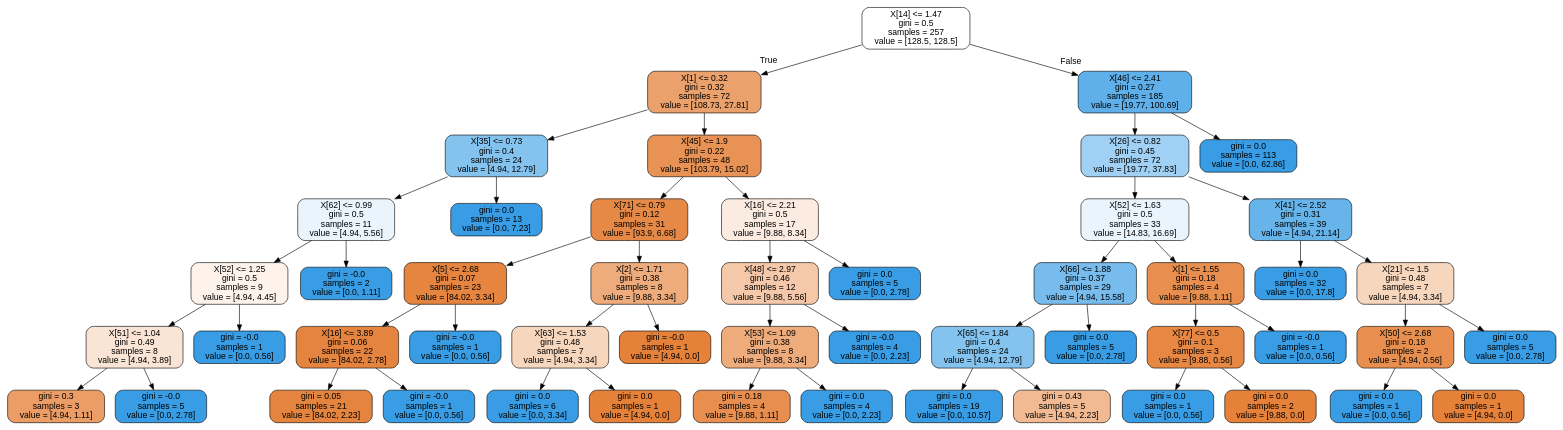
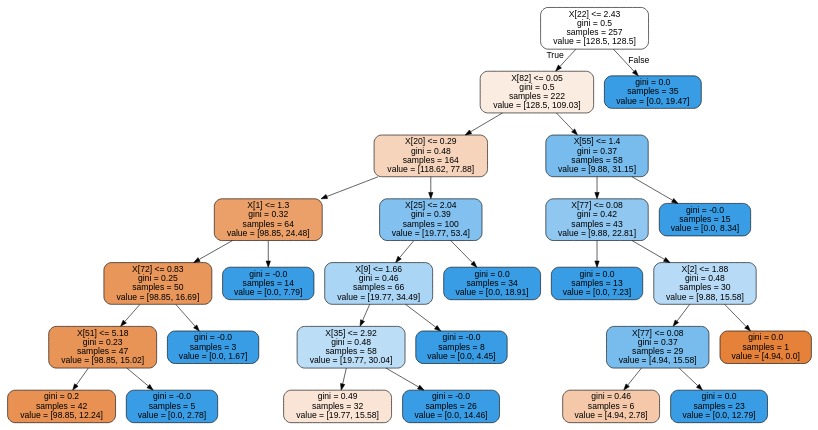
Before and after one commit to zeroknowledgediscovery/zcad: the diagram in code/notebooks/PSYtree.dot, drawn with Graphviz. The commit also changed 173 other files, not shown here.

```diff
--- a/code/notebooks/PSYtree.dot
+++ b/code/notebooks/PSYtree.dot
@@ -1,105 +1,57 @@
 digraph Tree {
 node [shape=box, style="filled, rounded", color="black", fontname=helvetica] ;
 edge [fontname=helvetica] ;
-0 [label="X[14] <= 1.47\ngini = 0.5\nsamples = 257\nvalue = [128.5, 128.5]", fillcolor="#e5813900"] ;
-1 [label="X[1] <= 0.32\ngini = 0.32\nsamples = 72\nvalue = [108.73, 27.81]", fillcolor="#e58139be"] ;
+0 [label="X[22] <= 2.43\ngini = 0.5\nsamples = 257\nvalue = [128.5, 128.5]", fillcolor="#ffffff"] ;
+1 [label="X[82] <= 0.05\ngini = 0.5\nsamples = 222\nvalue = [128.5, 109.03]", fillcolor="#fbece1"] ;
 0 -> 1 [labeldistance=2.5, labelangle=45, headlabel="True"] ;
-2 [label="X[35] <= 0.73\ngini = 0.4\nsamples = 24\nvalue = [4.94, 12.79]", fillcolor="#399de59c"] ;
+2 [label="X[20] <= 0.29\ngini = 0.48\nsamples = 164\nvalue = [118.62, 77.88]", fillcolor="#f6d4bb"] ;
 1 -> 2 ;
-3 [label="X[62] <= 0.99\ngini = 0.5\nsamples = 11\nvalue = [4.94, 5.56]", fillcolor="#399de51c"] ;
+3 [label="X[1] <= 1.3\ngini = 0.32\nsamples = 64\nvalue = [98.85, 24.48]", fillcolor="#eba06a"] ;
 2 -> 3 ;
-4 [label="X[52] <= 1.25\ngini = 0.5\nsamples = 9\nvalue = [4.94, 4.45]", fillcolor="#e5813919"] ;
+4 [label="X[72] <= 0.83\ngini = 0.25\nsamples = 50\nvalue = [98.85, 16.69]", fillcolor="#e9965a"] ;
 3 -> 4 ;
-5 [label="X[51] <= 1.04\ngini = 0.49\nsamples = 8\nvalue = [4.94, 3.89]", fillcolor="#e5813936"] ;
+5 [label="X[51] <= 5.18\ngini = 0.23\nsamples = 47\nvalue = [98.85, 15.02]", fillcolor="#e99457"] ;
 4 -> 5 ;
-6 [label="gini = 0.3\nsamples = 3\nvalue = [4.94, 1.11]", fillcolor="#e58139c6"] ;
+6 [label="gini = 0.2\nsamples = 42\nvalue = [98.85, 12.24]", fillcolor="#e89152"] ;
 5 -> 6 ;
-7 [label="gini = -0.0\nsamples = 5\nvalue = [0.0, 2.78]", fillcolor="#399de5ff"] ;
+7 [label="gini = -0.0\nsamples = 5\nvalue = [0.0, 2.78]", fillcolor="#399de5"] ;
 5 -> 7 ;
-8 [label="gini = -0.0\nsamples = 1\nvalue = [0.0, 0.56]", fillcolor="#399de5ff"] ;
+8 [label="gini = -0.0\nsamples = 3\nvalue = [0.0, 1.67]", fillcolor="#399de5"] ;
 4 -> 8 ;
-9 [label="gini = -0.0\nsamples = 2\nvalue = [0.0, 1.11]", fillcolor="#399de5ff"] ;
+9 [label="gini = -0.0\nsamples = 14\nvalue = [0.0, 7.79]", fillcolor="#399de5"] ;
 3 -> 9 ;
-10 [label="gini = 0.0\nsamples = 13\nvalue = [0.0, 7.23]", fillcolor="#399de5ff"] ;
+10 [label="X[25] <= 2.04\ngini = 0.39\nsamples = 100\nvalue = [19.77, 53.4]", fillcolor="#82c1ef"] ;
 2 -> 10 ;
-11 [label="X[45] <= 1.9\ngini = 0.22\nsamples = 48\nvalue = [103.79, 15.02]", fillcolor="#e58139da"] ;
-1 -> 11 ;
-12 [label="X[71] <= 0.79\ngini = 0.12\nsamples = 31\nvalue = [93.9, 6.68]", fillcolor="#e58139ed"] ;
+11 [label="X[9] <= 1.66\ngini = 0.46\nsamples = 66\nvalue = [19.77, 34.49]", fillcolor="#aad5f4"] ;
+10 -> 11 ;
+12 [label="X[35] <= 2.92\ngini = 0.48\nsamples = 58\nvalue = [19.77, 30.04]", fillcolor="#bbddf6"] ;
 11 -> 12 ;
-13 [label="X[5] <= 2.68\ngini = 0.07\nsamples = 23\nvalue = [84.02, 3.34]", fillcolor="#e58139f5"] ;
+13 [label="gini = 0.49\nsamples = 32\nvalue = [19.77, 15.58]", fillcolor="#f9e4d5"] ;
 12 -> 13 ;
-14 [label="X[16] <= 3.89\ngini = 0.06\nsamples = 22\nvalue = [84.02, 2.78]", fillcolor="#e58139f7"] ;
-13 -> 14 ;
-15 [label="gini = 0.05\nsamples = 21\nvalue = [84.02, 2.23]", fillcolor="#e58139f8"] ;
-14 -> 15 ;
-16 [label="gini = -0.0\nsamples = 1\nvalue = [0.0, 0.56]", fillcolor="#399de5ff"] ;
-14 -> 16 ;
-17 [label="gini = -0.0\nsamples = 1\nvalue = [0.0, 0.56]", fillcolor="#399de5ff"] ;
-13 -> 17 ;
-18 [label="X[2] <= 1.71\ngini = 0.38\nsamples = 8\nvalue = [9.88, 3.34]", fillcolor="#e58139a9"] ;
-12 -> 18 ;
-19 [label="X[63] <= 1.53\ngini = 0.48\nsamples = 7\nvalue = [4.94, 3.34]", fillcolor="#e5813953"] ;
+14 [label="gini = -0.0\nsamples = 26\nvalue = [0.0, 14.46]", fillcolor="#399de5"] ;
+12 -> 14 ;
+15 [label="gini = -0.0\nsamples = 8\nvalue = [0.0, 4.45]", fillcolor="#399de5"] ;
+11 -> 15 ;
+16 [label="gini = 0.0\nsamples = 34\nvalue = [0.0, 18.91]", fillcolor="#399de5"] ;
+10 -> 16 ;
+17 [label="X[55] <= 1.4\ngini = 0.37\nsamples = 58\nvalue = [9.88, 31.15]", fillcolor="#78bced"] ;
+1 -> 17 ;
+18 [label="X[77] <= 0.08\ngini = 0.42\nsamples = 43\nvalue = [9.88, 22.81]", fillcolor="#8fc7f0"] ;
+17 -> 18 ;
+19 [label="gini = 0.0\nsamples = 13\nvalue = [0.0, 7.23]", fillcolor="#399de5"] ;
 18 -> 19 ;
-20 [label="gini = 0.0\nsamples = 6\nvalue = [0.0, 3.34]", fillcolor="#399de5ff"] ;
-19 -> 20 ;
-21 [label="gini = 0.0\nsamples = 1\nvalue = [4.94, 0.0]", fillcolor="#e58139ff"] ;
-19 -> 21 ;
-22 [label="gini = -0.0\nsamples = 1\nvalue = [4.94, 0.0]", fillcolor="#e58139ff"] ;
-18 -> 22 ;
-23 [label="X[16] <= 2.21\ngini = 0.5\nsamples = 17\nvalue = [9.88, 8.34]", fillcolor="#e5813928"] ;
-11 -> 23 ;
-24 [label="X[48] <= 2.97\ngini = 0.46\nsamples = 12\nvalue = [9.88, 5.56]", fillcolor="#e581396f"] ;
-23 -> 24 ;
-25 [label="X[53] <= 1.09\ngini = 0.38\nsamples = 8\nvalue = [9.88, 3.34]", fillcolor="#e58139a9"] ;
-24 -> 25 ;
-26 [label="gini = 0.18\nsamples = 4\nvalue = [9.88, 1.11]", fillcolor="#e58139e2"] ;
-25 -> 26 ;
-27 [label="gini = 0.0\nsamples = 4\nvalue = [0.0, 2.23]", fillcolor="#399de5ff"] ;
-25 -> 27 ;
-28 [label="gini = -0.0\nsamples = 4\nvalue = [0.0, 2.23]", fillcolor="#399de5ff"] ;
-24 -> 28 ;
-29 [label="gini = 0.0\nsamples = 5\nvalue = [0.0, 2.78]", fillcolor="#399de5ff"] ;
-23 -> 29 ;
-30 [label="X[46] <= 2.41\ngini = 0.27\nsamples = 185\nvalue = [19.77, 100.69]", fillcolor="#399de5cd"] ;
-0 -> 30 [labeldistance=2.5, labelangle=-45, headlabel="False"] ;
-31 [label="X[26] <= 0.82\ngini = 0.45\nsamples = 72\nvalue = [19.77, 37.83]", fillcolor="#399de57a"] ;
-30 -> 31 ;
-32 [label="X[52] <= 1.63\ngini = 0.5\nsamples = 33\nvalue = [14.83, 16.69]", fillcolor="#399de51c"] ;
-31 -> 32 ;
-33 [label="X[66] <= 1.88\ngini = 0.37\nsamples = 29\nvalue = [4.94, 15.58]", fillcolor="#399de5ae"] ;
-32 -> 33 ;
-34 [label="X[65] <= 1.84\ngini = 0.4\nsamples = 24\nvalue = [4.94, 12.79]", fillcolor="#399de59c"] ;
-33 -> 34 ;
-35 [label="gini = 0.0\nsamples = 19\nvalue = [0.0, 10.57]", fillcolor="#399de5ff"] ;
-34 -> 35 ;
-36 [label="gini = 0.43\nsamples = 5\nvalue = [4.94, 2.23]", fillcolor="#e581398c"] ;
-34 -> 36 ;
-37 [label="gini = 0.0\nsamples = 5\nvalue = [0.0, 2.78]", fillcolor="#399de5ff"] ;
-33 -> 37 ;
-38 [label="X[1] <= 1.55\ngini = 0.18\nsamples = 4\nvalue = [9.88, 1.11]", fillcolor="#e58139e2"] ;
-32 -> 38 ;
-39 [label="X[77] <= 0.5\ngini = 0.1\nsamples = 3\nvalue = [9.88, 0.56]", fillcolor="#e58139f1"] ;
-38 -> 39 ;
-40 [label="gini = 0.0\nsamples = 1\nvalue = [0.0, 0.56]", fillcolor="#399de5ff"] ;
-39 -> 40 ;
-41 [label="gini = 0.0\nsamples = 2\nvalue = [9.88, 0.0]", fillcolor="#e58139ff"] ;
-39 -> 41 ;
-42 [label="gini = -0.0\nsamples = 1\nvalue = [0.0, 0.56]", fillcolor="#399de5ff"] ;
-38 -> 42 ;
-43 [label="X[41] <= 2.52\ngini = 0.31\nsamples = 39\nvalue = [4.94, 21.14]", fillcolor="#399de5c3"] ;
-31 -> 43 ;
-44 [label="gini = 0.0\nsamples = 32\nvalue = [0.0, 17.8]", fillcolor="#399de5ff"] ;
-43 -> 44 ;
-45 [label="X[21] <= 1.5\ngini = 0.48\nsamples = 7\nvalue = [4.94, 3.34]", fillcolor="#e5813953"] ;
-43 -> 45 ;
-46 [label="X[50] <= 2.68\ngini = 0.18\nsamples = 2\nvalue = [4.94, 0.56]", fillcolor="#e58139e2"] ;
-45 -> 46 ;
-47 [label="gini = 0.0\nsamples = 1\nvalue = [0.0, 0.56]", fillcolor="#399de5ff"] ;
-46 -> 47 ;
-48 [label="gini = 0.0\nsamples = 1\nvalue = [4.94, 0.0]", fillcolor="#e58139ff"] ;
-46 -> 48 ;
-49 [label="gini = 0.0\nsamples = 5\nvalue = [0.0, 2.78]", fillcolor="#399de5ff"] ;
-45 -> 49 ;
-50 [label="gini = 0.0\nsamples = 113\nvalue = [0.0, 62.86]", fillcolor="#399de5ff"] ;
-30 -> 50 ;
+20 [label="X[2] <= 1.88\ngini = 0.48\nsamples = 30\nvalue = [9.88, 15.58]", fillcolor="#b7dbf6"] ;
+18 -> 20 ;
+21 [label="X[77] <= 0.08\ngini = 0.37\nsamples = 29\nvalue = [4.94, 15.58]", fillcolor="#78bced"] ;
+20 -> 21 ;
+22 [label="gini = 0.46\nsamples = 6\nvalue = [4.94, 2.78]", fillcolor="#f4c8a8"] ;
+21 -> 22 ;
+23 [label="gini = 0.0\nsamples = 23\nvalue = [0.0, 12.79]", fillcolor="#399de5"] ;
+21 -> 23 ;
+24 [label="gini = 0.0\nsamples = 1\nvalue = [4.94, 0.0]", fillcolor="#e58139"] ;
+20 -> 24 ;
+25 [label="gini = -0.0\nsamples = 15\nvalue = [0.0, 8.34]", fillcolor="#399de5"] ;
+17 -> 25 ;
+26 [label="gini = 0.0\nsamples = 35\nvalue = [0.0, 19.47]", fillcolor="#399de5"] ;
+0 -> 26 [labeldistance=2.5, labelangle=-45, headlabel="False"] ;
 }
```
